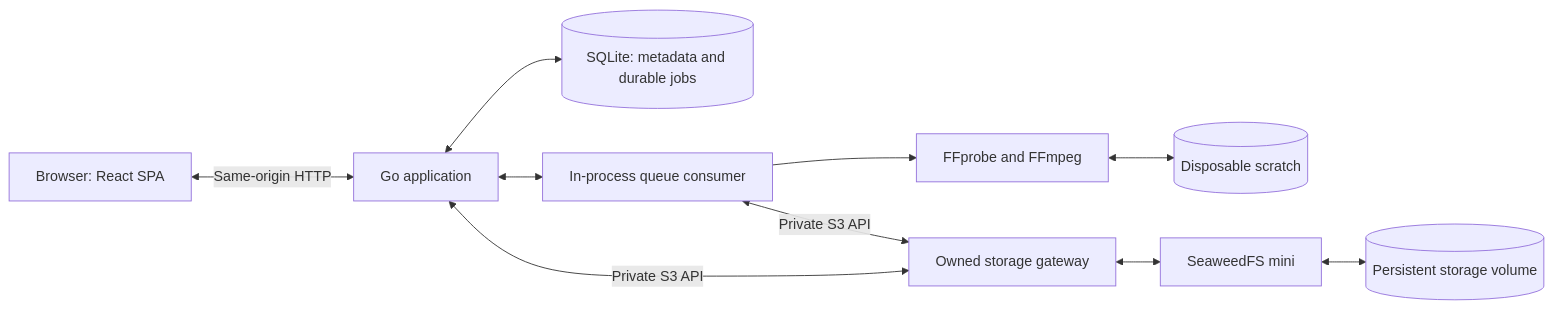
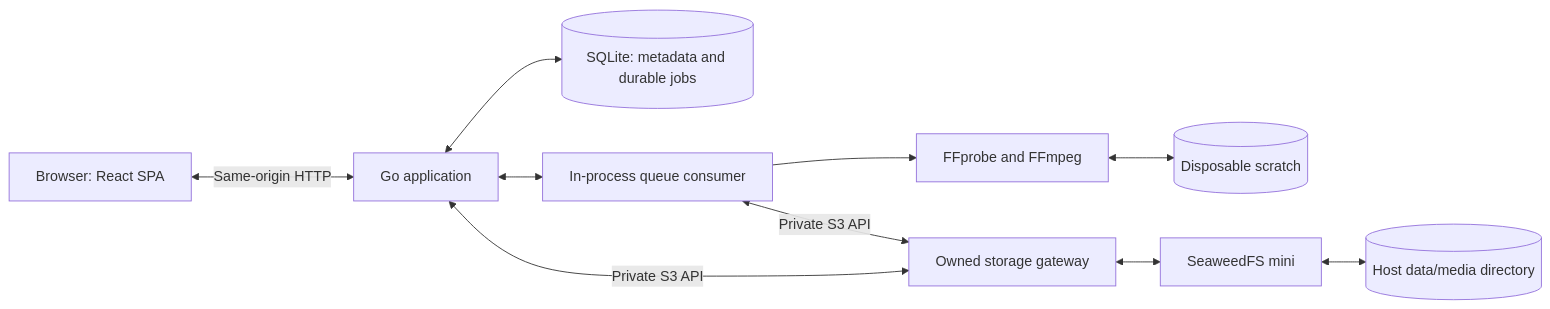
Before and after one commit to MikD1/tag-files: the first of 3 diagrams in docs/architecture.md, drawn with Mermaid. The commit also changed other lines of this file and 29 other files, not shown here.

````diff
--- a/docs/architecture.md
+++ b/docs/architecture.md
@@ -21,12 +21,12 @@
 ```mermaid
 flowchart LR
     Browser[Browser: React SPA] <-->|Same-origin HTTP| App[Go application]
     App <--> DB[(SQLite: metadata and durable jobs)]
     App <--> Worker[In-process queue consumer]
     Worker --> Media[FFprobe and FFmpeg]
     Media <--> Scratch[(Disposable scratch)]
     App <-->|Private S3 API| Gateway[Owned storage gateway]
     Worker <-->|Private S3 API| Gateway
     Gateway <--> Seaweed[SeaweedFS mini]
-    Seaweed <--> Objects[(Persistent storage volume)]
+    Seaweed <--> Objects[(Host data/media directory)]
 ```
````
